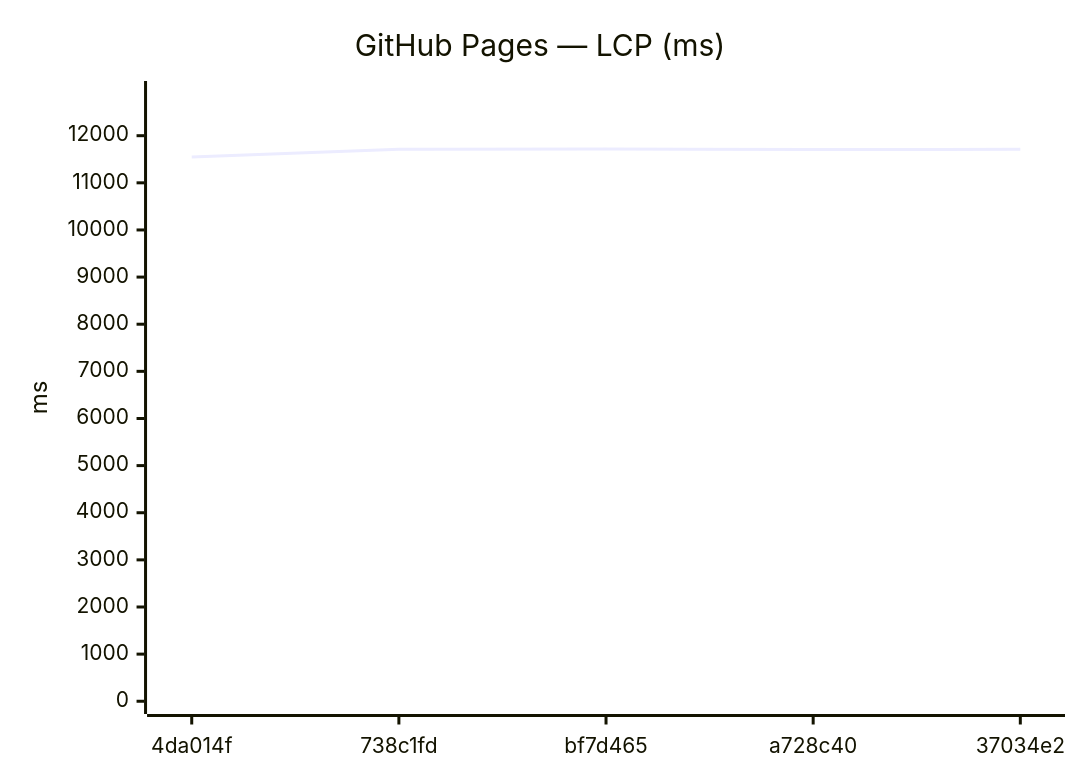
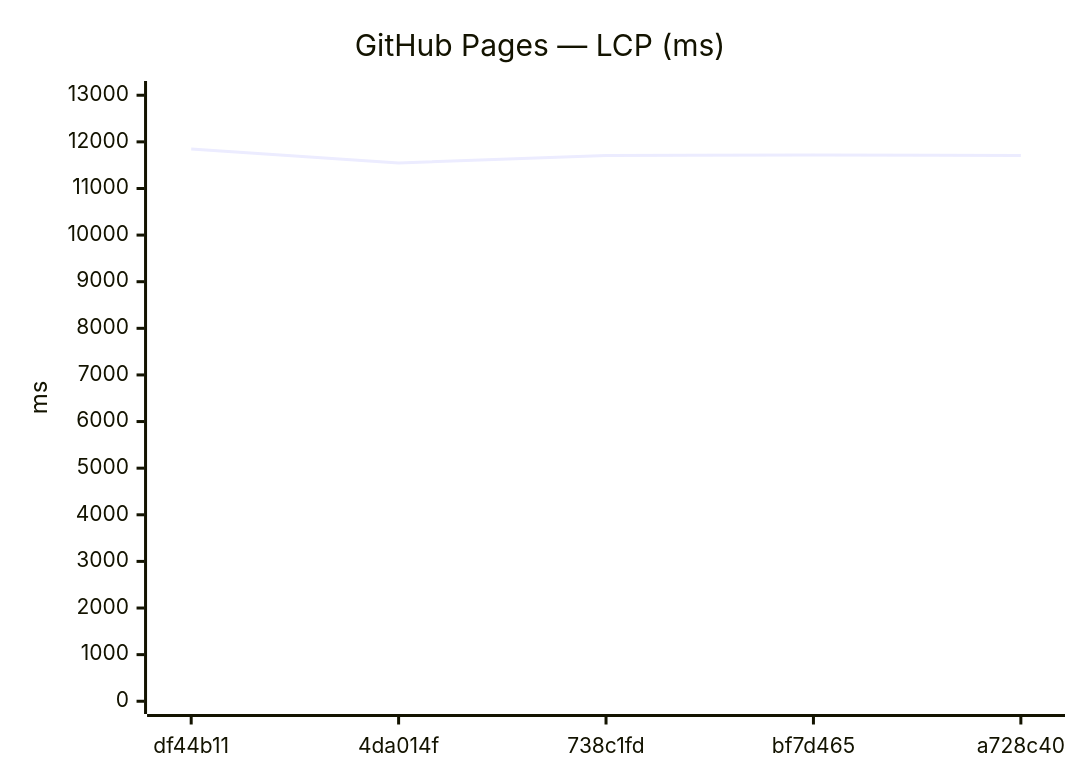
Before and after one commit to Metaheurist/Rianell: diagram 11 of 24 in benchmarks/compare.md, drawn with Mermaid. The commit also changed other lines of this file and 12 other files, not shown here.

````diff
--- a/benchmarks/compare.md
+++ b/benchmarks/compare.md
@@ -169,7 +169,7 @@
 ```mermaid
 xychart-beta
     title "GitHub Pages — LCP (ms)"
-    x-axis ["4da014f", "738c1fd", "bf7d465", "a728c40", "37034e2"]
-    y-axis "ms" 0 --> 12890
-    line [11548, 11710, 11718, 11707, 11710]
+    x-axis ["df44b11", "4da014f", "738c1fd", "bf7d465", "a728c40"]
+    y-axis "ms" 0 --> 13032
+    line [11847, 11548, 11710, 11718, 11707]
 ```
````
